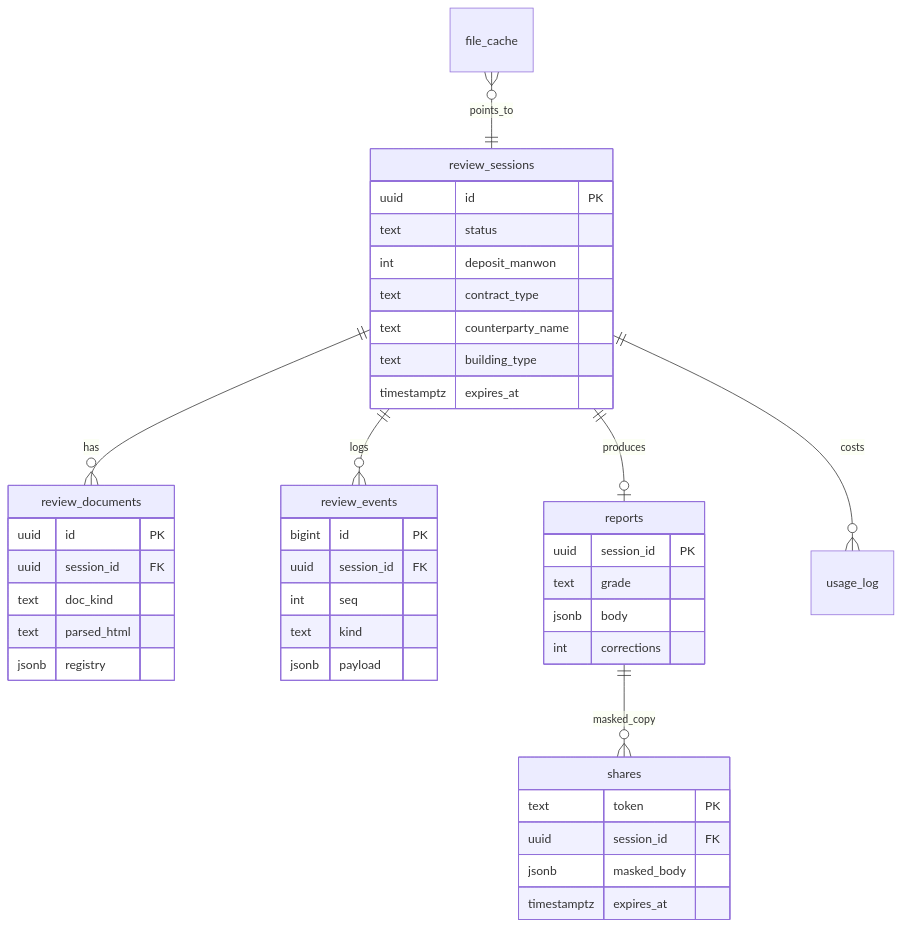
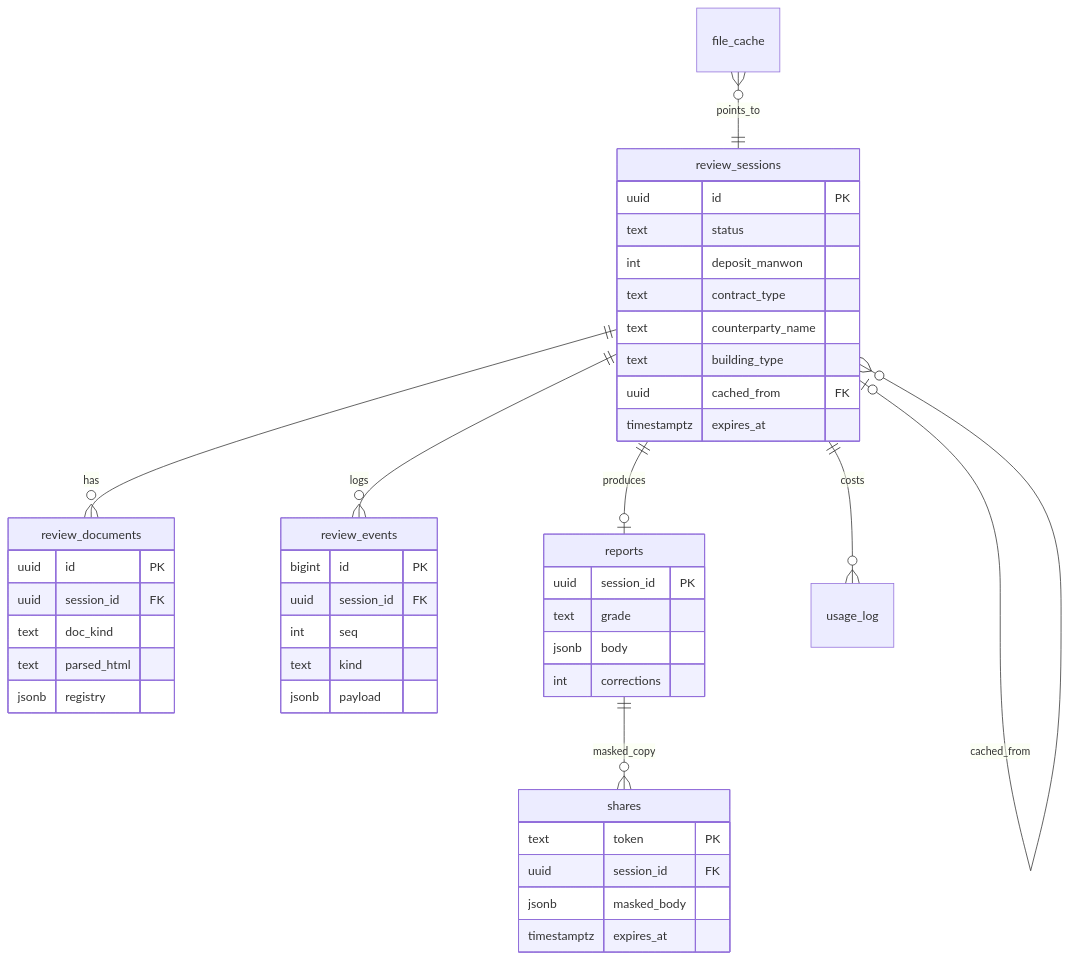
One commit to HoyoungParkme/deposit-guard changed the first of 2 diagrams in docs/specs/06-DOM/JSD-DOM-001.md. Above: the diagram before and after it, drawn with Mermaid. The commit also changed other lines of this file, not shown here.

First line of the commit message:
review_sessions에 cached_from 컬럼 추가 (SEQ 되먹임 반영)

````diff
--- a/docs/specs/06-DOM/JSD-DOM-001.md
+++ b/docs/specs/06-DOM/JSD-DOM-001.md
@@ -33,44 +33,46 @@
 ```mermaid
 erDiagram
     review_sessions ||--o{ review_documents : has
     review_sessions ||--o{ review_events : logs
     review_sessions ||--o| reports : produces
+    review_sessions |o--o{ review_sessions : cached_from
     reports ||--o{ shares : masked_copy
     review_sessions ||--o{ usage_log : costs
     file_cache }o--|| review_sessions : points_to
     review_sessions {
         uuid id PK
         text status
         int deposit_manwon
         text contract_type
         text counterparty_name
         text building_type
+        uuid cached_from FK
         timestamptz expires_at
     }
     review_documents {
         uuid id PK
         uuid session_id FK
         text doc_kind
         text parsed_html
         jsonb registry
     }
     review_events {
         bigint id PK
         uuid session_id FK
         int seq
         text kind
         jsonb payload
     }
     reports {
         uuid session_id PK
         text grade
         jsonb body
         int corrections
     }
     shares {
         text token PK
         uuid session_id FK
         jsonb masked_body
         timestamptz expires_at
     }
 ```
````
